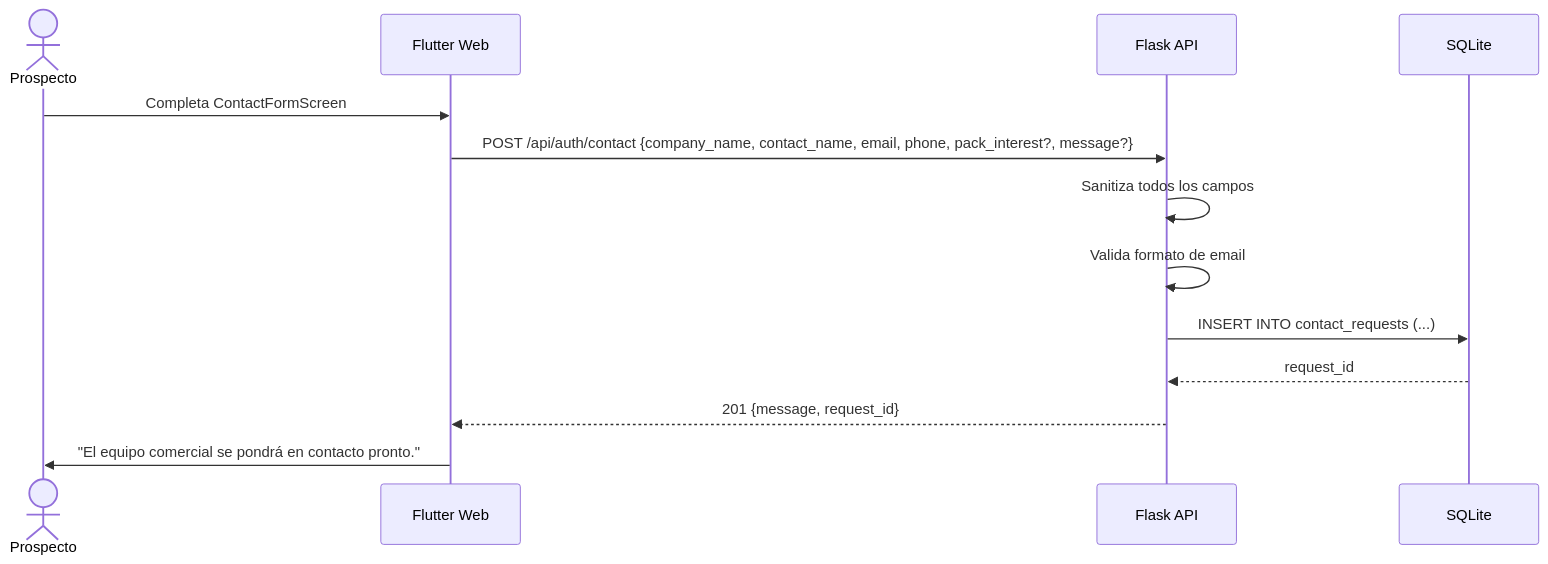
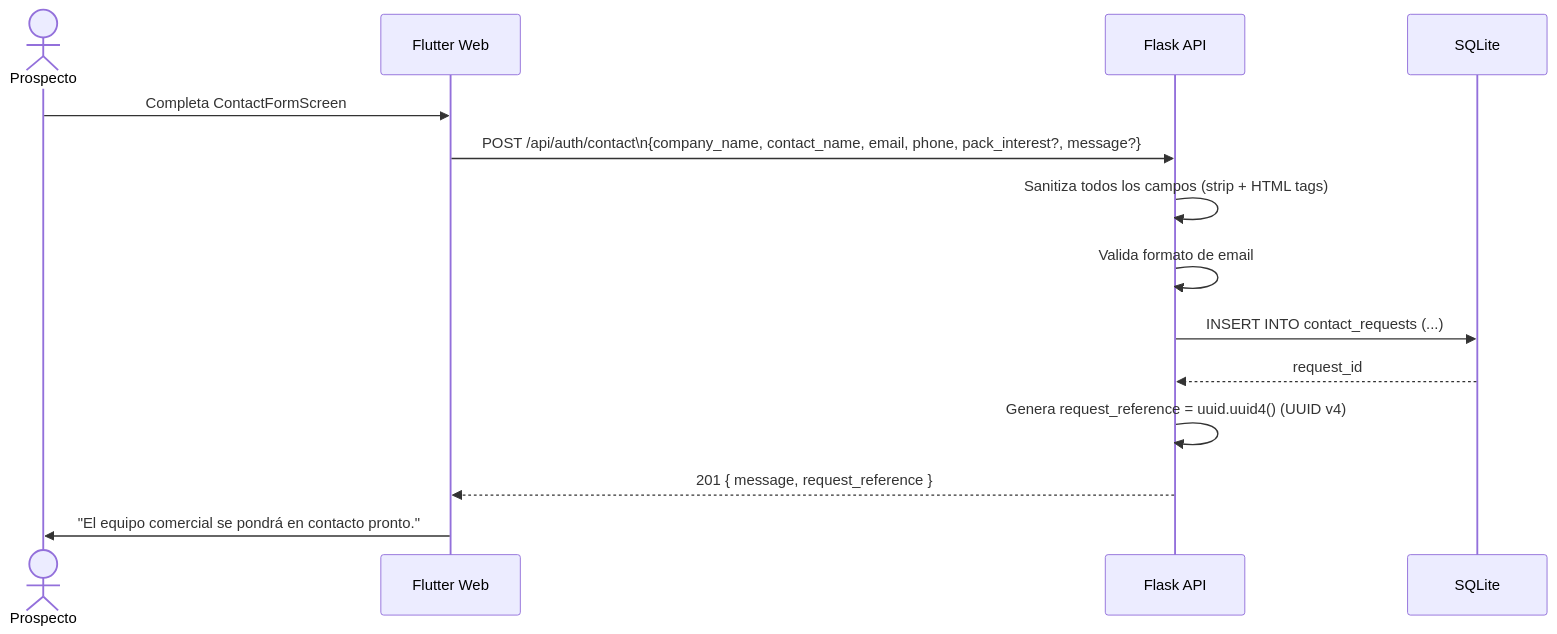
Before and after one commit to danielmunozus/tds-sentinel-mvp: the sixth of 6 diagrams in docs/flows/risk-evaluation-flow.md, drawn with Mermaid. The commit also changed other lines of this file and 18 other files, not shown here.

````diff
--- a/docs/flows/risk-evaluation-flow.md
+++ b/docs/flows/risk-evaluation-flow.md
@@ -118,18 +178,19 @@
 ```mermaid
 sequenceDiagram
     actor P as Prospecto
     participant F as Flutter Web
     participant A as Flask API
     participant D as SQLite
 
     P->>F: Completa ContactFormScreen
-    F->>A: POST /api/auth/contact {company_name, contact_name, email, phone, pack_interest?, message?}
+    F->>A: POST /api/auth/contact\n{company_name, contact_name, email, phone, pack_interest?, message?}
 
-    A->>A: Sanitiza todos los campos
+    A->>A: Sanitiza todos los campos (strip + HTML tags)
     A->>A: Valida formato de email
     A->>D: INSERT INTO contact_requests (...)
     D-->>A: request_id
 
-    A-->>F: 201 {message, request_id}
+    A->>A: Genera request_reference = uuid.uuid4() (UUID v4)
+    A-->>F: 201 { message, request_reference }
     F->>P: "El equipo comercial se pondrá en contacto pronto."
 ```
````
